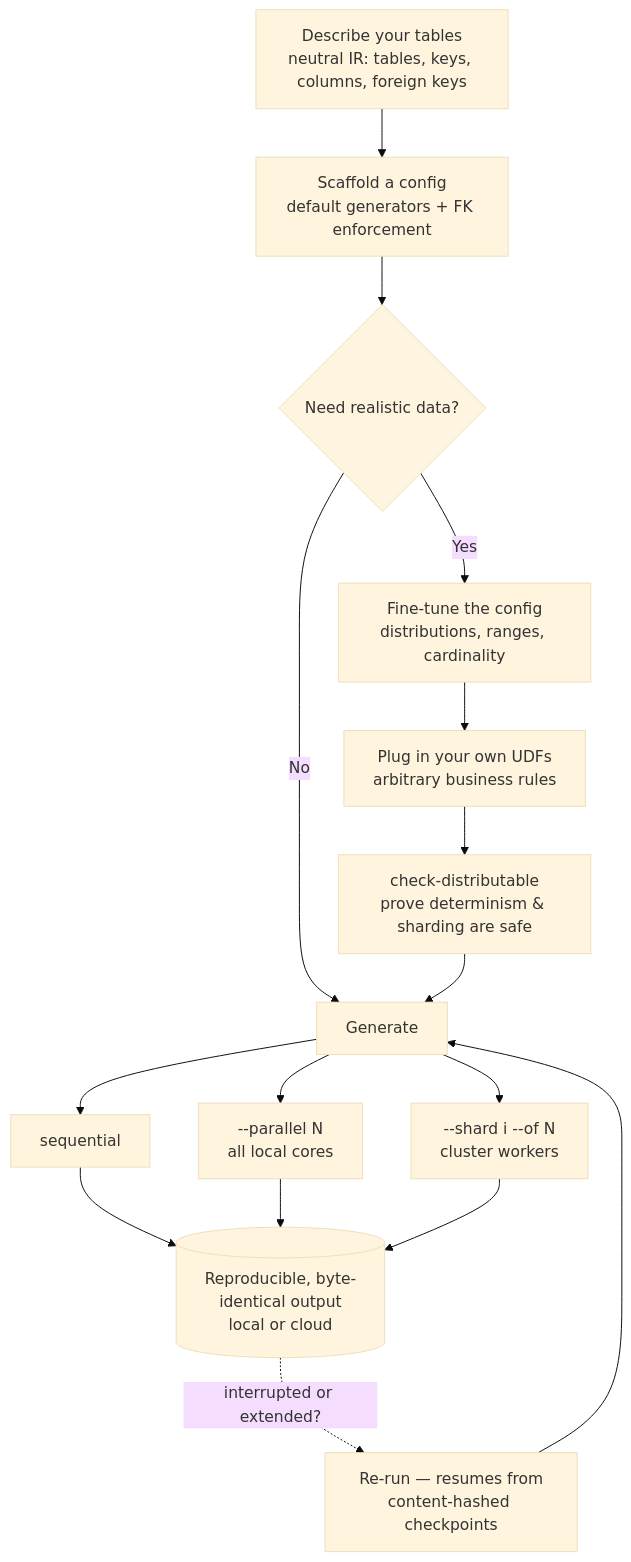
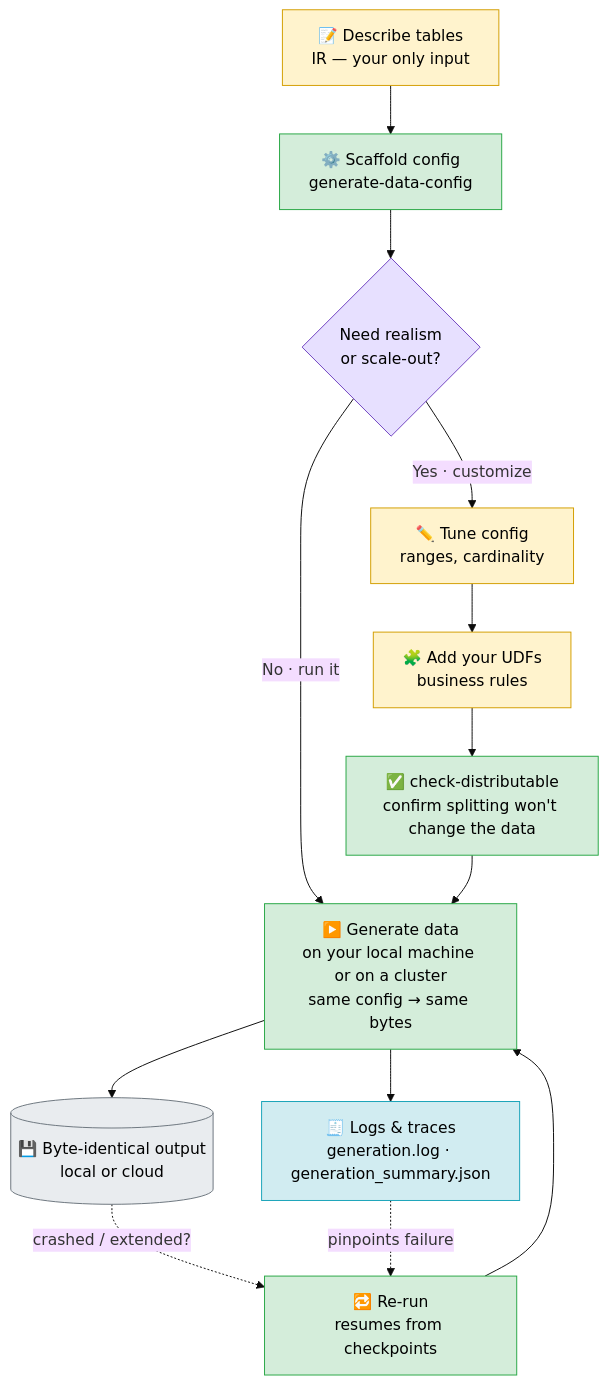
Before and after one commit to AlexandreChin/datagenic: the diagram in README.md, drawn with Mermaid (base theme). The commit also changed other lines of this file and 2 other files, not shown here.

````diff
--- a/README.md
+++ b/README.md
@@ -18,18 +42,24 @@
 ```mermaid
 flowchart TD
-    A[Describe your tables<br/>neutral IR: tables, keys, columns, foreign keys] --> B[Scaffold a config<br/>default generators + FK enforcement]
-    B --> C{Need realistic data?}
-    C -- No --> G
-    C -- Yes --> D[Fine-tune the config<br/>distributions, ranges, cardinality]
-    D --> E[Plug in your own UDFs<br/>arbitrary business rules]
-    E --> F[check-distributable<br/>prove determinism &amp; sharding are safe]
-    F --> G[Generate]
-    G --> G1[sequential]
-    G --> G2[--parallel N<br/>all local cores]
-    G --> G3[--shard i --of N<br/>cluster workers]
-    G1 --> H[(Reproducible, byte-identical output<br/>local or cloud)]
-    G2 --> H
-    G3 --> H
-    H -. interrupted or extended? .-> I[Re-run — resumes from<br/>content-hashed checkpoints]
+    A["📝 Describe tables<br/>IR — your only input"]:::cfg --> B["⚙️ Scaffold config<br/>generate-data-config"]:::run
+    B --> C{"Need realism<br/>or scale-out?"}:::dec
+
+    C -- "No · run it" --> G
+    C -- "Yes · customize" --> D["✏️ Tune config<br/>ranges, cardinality"]:::cfg
+    D --> E["🧩 Add your UDFs<br/>business rules"]:::cfg
+    E --> F["✅ check-distributable<br/>confirm splitting won't change the data"]:::run
+    F --> G
+
+    G["▶️ Generate data<br/>on your local machine or on a cluster<br/>same config → same bytes"]:::run
+    G --> H[("💾 Byte-identical output<br/>local or cloud")]:::out
+    G --> T["🧾 Logs &amp; traces<br/>generation.log · generation_summary.json"]:::trace
+    H -. "crashed / extended?" .-> I["🔁 Re-run<br/>resumes from checkpoints"]:::run
+    T -. "pinpoints failure" .-> I
     I --> G
+
+    classDef cfg fill:#fff3cd,stroke:#d39e00,color:#000;
+    classDef run fill:#d4edda,stroke:#28a745,color:#000;
+    classDef dec fill:#e7e0ff,stroke:#6f42c1,color:#000;
+    classDef out fill:#e9ecef,stroke:#6c757d,color:#000;
+    classDef trace fill:#d1ecf1,stroke:#17a2b8,color:#000;
 ```
````
